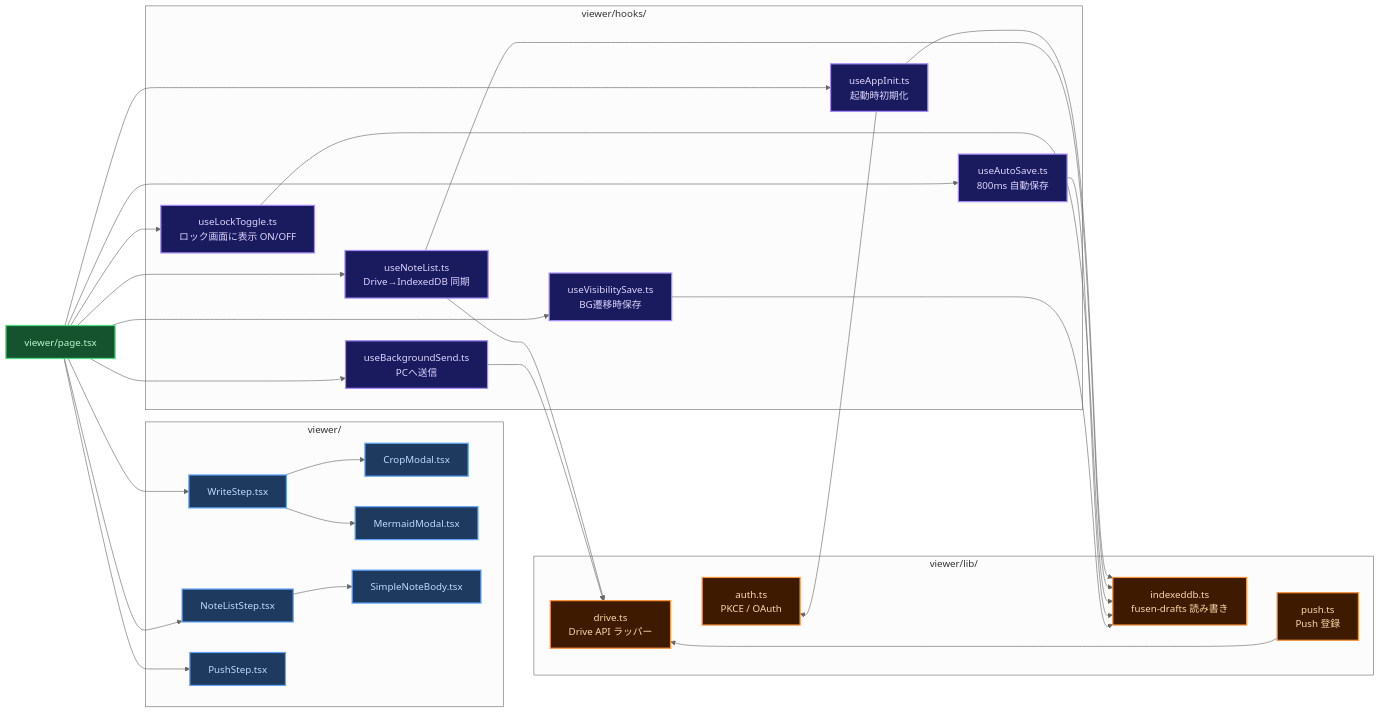
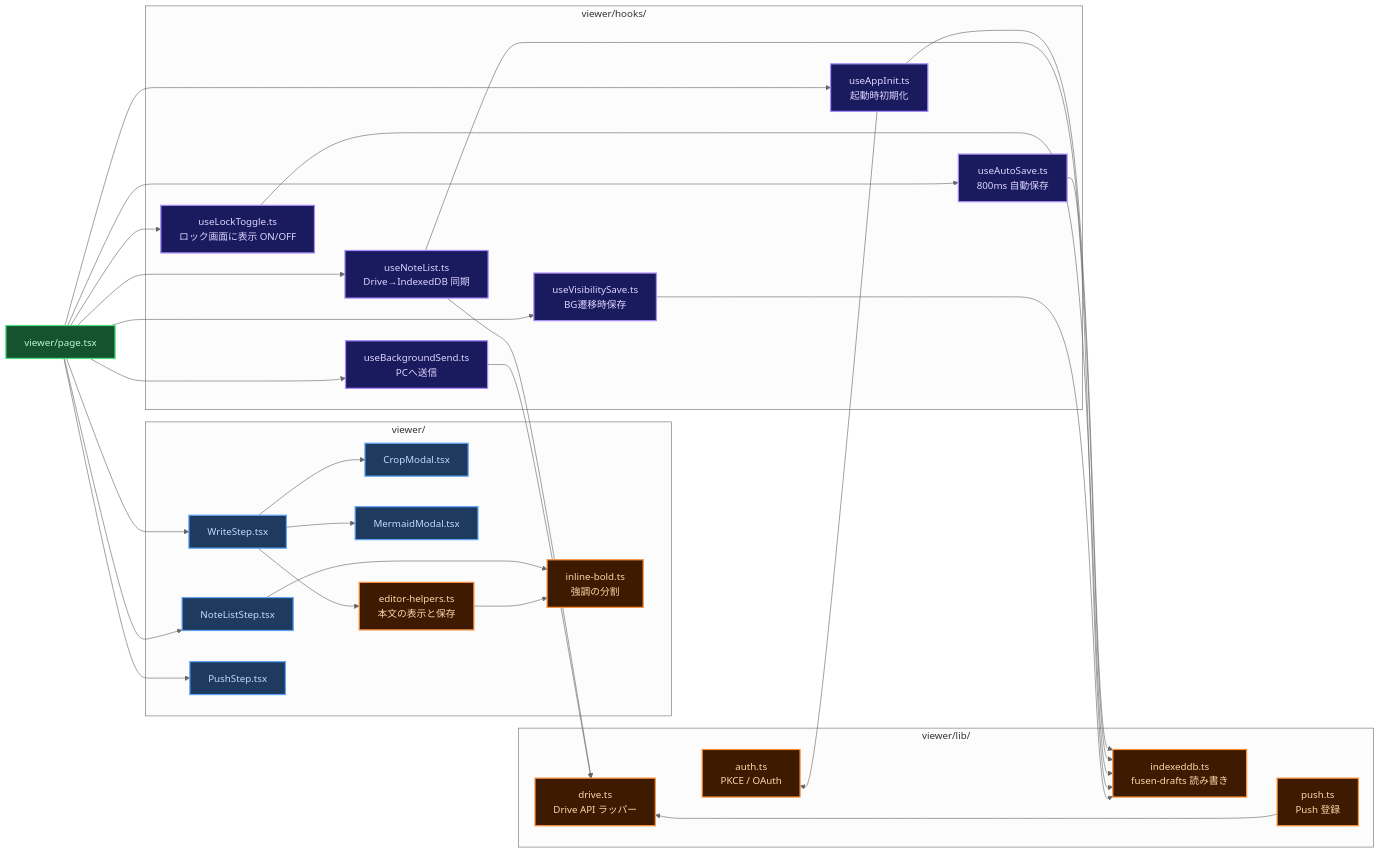
Before and after one commit to ore-no-fusen/ore-no-fusen: the second of 11 diagrams in docs-v2/003_IPHONE.md, drawn with Mermaid (neutral theme). The commit also changed other lines of this file and 17 other files, not shown here.

````diff
--- a/docs-v2/003_IPHONE.md
+++ b/docs-v2/003_IPHONE.md
@@ -269,72 +274,75 @@
 ```mermaid
 graph LR
     classDef page  fill:#14532d,stroke:#4ade80,color:#bbf7d0,stroke-width:2px
     classDef hook  fill:#1a1a5f,stroke:#a78bfa,color:#ddd6fe,stroke-width:2px
     classDef comp  fill:#1e3a5f,stroke:#60a5fa,color:#bfdbfe,stroke-width:2px
     classDef lib   fill:#3d1a00,stroke:#fb923c,color:#fed7aa,stroke-width:2px
 
     Page["viewer/page.tsx"]:::page
 
     subgraph Comps ["viewer/"]
         NoteListStep["NoteListStep.tsx"]:::comp
         WriteStep["WriteStep.tsx"]:::comp
         PushStep["PushStep.tsx"]:::comp
         Crop["CropModal.tsx"]:::comp
         Mermaid["MermaidModal.tsx"]:::comp
-        SimpleNote["SimpleNoteBody.tsx"]:::comp
+        Bold["inline-bold.ts<br>強調の分割"]:::lib
+        EditorHelpers["editor-helpers.ts<br>本文の表示と保存"]:::lib
     end
 
     subgraph Hooks ["viewer/hooks/"]
         Init["useAppInit.ts<br>起動時初期化"]:::hook
         NoteList["useNoteList.ts<br>Drive→IndexedDB 同期"]:::hook
         Lock["useLockToggle.ts<br>ロック画面に表示 ON/OFF"]:::hook
         
         AutoSave["useAutoSave.ts<br>800ms 自動保存"]:::hook
         VisSave["useVisibilitySave.ts<br>BG遷移時保存"]:::hook
         BgSend["useBackgroundSend.ts<br>PCへ送信"]:::hook
         
         Init ~~~ AutoSave
         NoteList ~~~ VisSave
         Lock ~~~ BgSend
     end
 
     subgraph Lib ["viewer/lib/"]
         Drive["drive.ts<br>Drive API ラッパー"]:::lib
         IDB["indexeddb.ts<br>fusen-drafts 読み書き"]:::lib
         Auth["auth.ts<br>PKCE / OAuth"]:::lib
         Push["push.ts<br>Push 登録"]:::lib
         
         Drive ~~~ Auth
         IDB ~~~ Push
     end
 
     %% レイアウト階層の強制（4行構成）
     Page ~~~ NoteListStep
     NoteListStep ~~~ Drive
     Auth ~~~ Init
 
     %% 依存関係（実際の矢印）
     Page --> Init
     Page --> NoteList
     Page --> Lock
     Page --> AutoSave
     Page --> VisSave
     Page --> BgSend
     Page --> NoteListStep
     Page --> WriteStep
     Page --> PushStep
 
     WriteStep --> Crop
     WriteStep --> Mermaid
-    NoteListStep --> SimpleNote
+    NoteListStep --> Bold
+    WriteStep --> EditorHelpers
+    EditorHelpers --> Bold
 
     Init --> IDB
     Init --> Auth
     NoteList --> Drive
     NoteList --> IDB
     Lock --> IDB
     AutoSave --> IDB
     VisSave --> IDB
     BgSend --> Drive
     Push --> Drive
 ```
````
